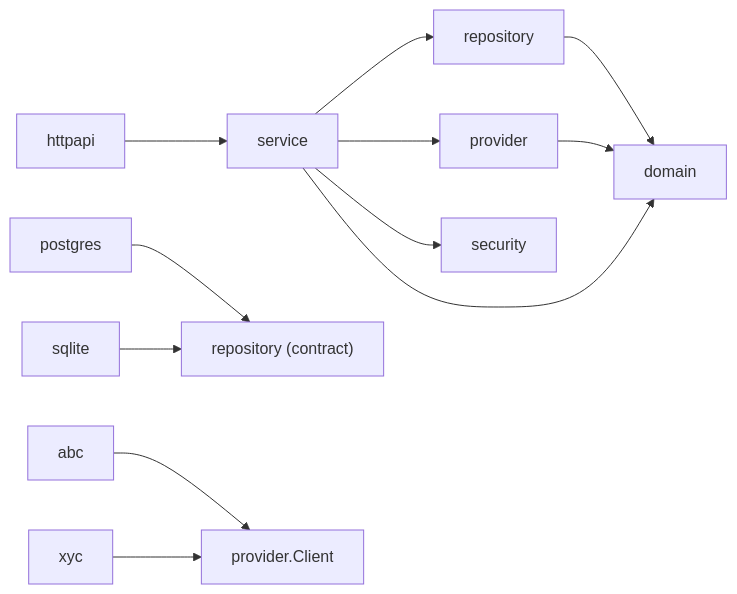
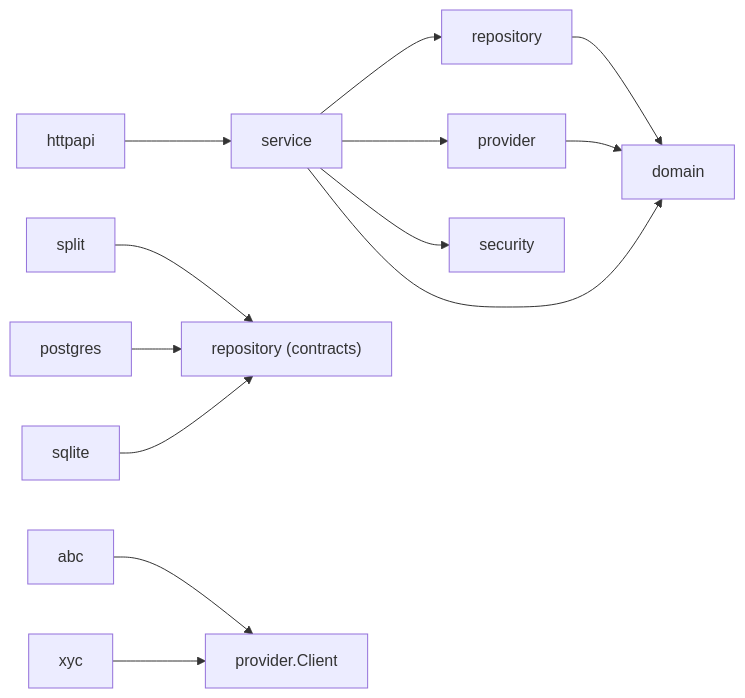
The first of 5 diagrams in docs/DESIGN.md (Sun-Wukhan/rolodex), drawn with Mermaid before and after one commit. The commit also changed other lines of this file and 1 other file, not shown here.

````diff
--- a/docs/DESIGN.md
+++ b/docs/DESIGN.md
@@ -15,14 +15,15 @@
 ```mermaid
 flowchart LR
   httpapi --> service
   service --> repository
   service --> provider
   service --> security
   repository --> domain
   provider --> domain
   service --> domain
-  postgres --> repository_contract["repository (contract)"]
+  split --> repository_contract["repository (contracts)"]
+  postgres --> repository_contract
   sqlite --> repository_contract
   abc --> provider_client["provider.Client"]
   xyc --> provider_client
 ```
````
